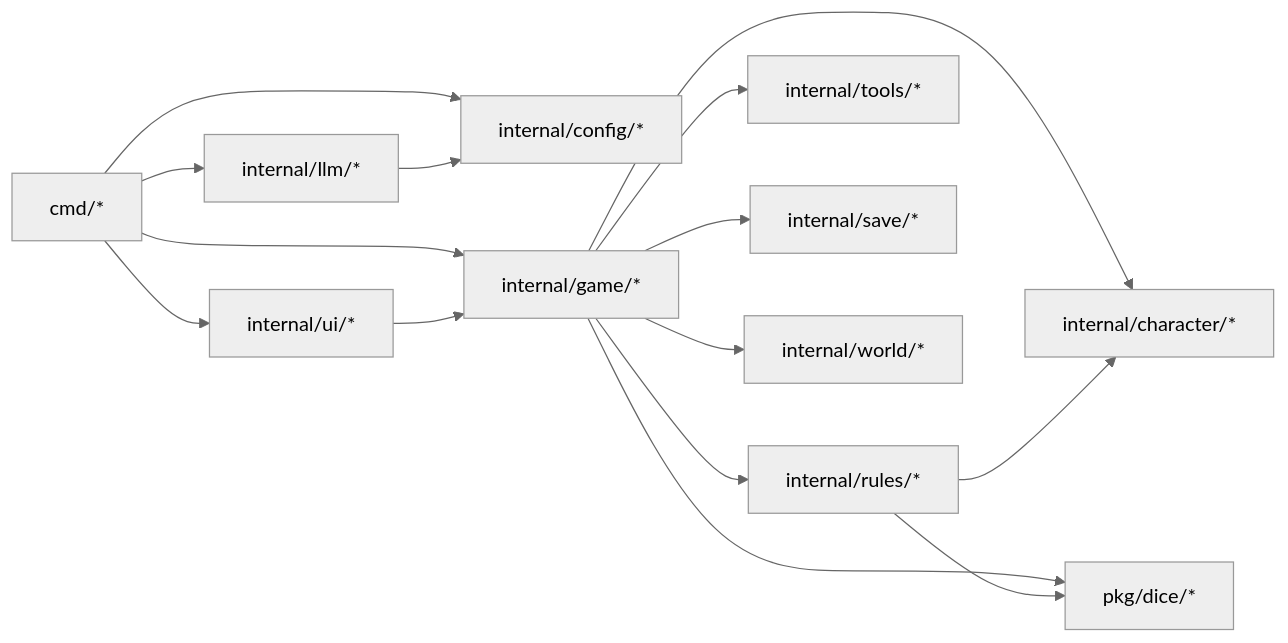
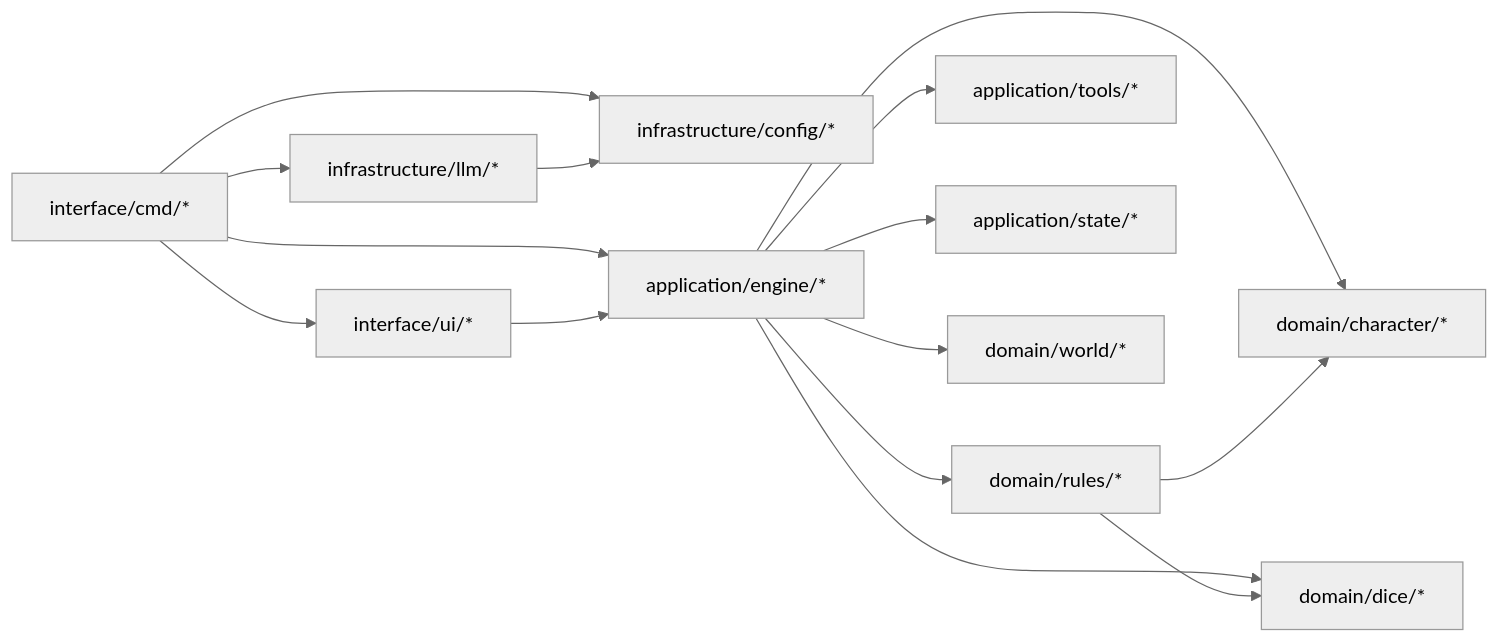
The sixth of 6 diagrams in .qoder/repowiki/zh/content/项目概述.md (zwh8800/cdnd), drawn with Mermaid (neutral theme) before and after one commit. The commit also changed other lines of this file and 11 other files, not shown here.

````diff
--- a/.qoder/repowiki/zh/content/项目概述.md
+++ b/.qoder/repowiki/zh/content/项目概述.md
@@ -390,17 +406,17 @@
 ```mermaid
 graph LR
-CMD["cmd/*"] --> CFG["internal/config/*"]
-CMD --> GAME["internal/game/*"]
-CMD --> LLM["internal/llm/*"]
-CMD --> UI["internal/ui/*"]
-GAME --> CHAR["internal/character/*"]
-GAME --> RULES["internal/rules/*"]
-GAME --> TOOLS["internal/tools/*"]
-GAME --> SAVE["internal/save/*"]
-GAME --> WORLD["internal/world/*"]
-GAME --> DICE["pkg/dice/*"]
+CMD["interface/cmd/*"] --> CFG["infrastructure/config/*"]
+CMD --> GAME["application/engine/*"]
+CMD --> LLM["infrastructure/llm/*"]
+CMD --> UI["interface/ui/*"]
+GAME --> CHAR["domain/character/*"]
+GAME --> RULES["domain/rules/*"]
+GAME --> TOOLS["application/tools/*"]
+GAME --> STATE["application/state/*"]
+GAME --> WORLD["domain/world/*"]
+GAME --> DICE["domain/dice/*"]
 LLM --> CFG
 UI --> GAME
 RULES --> DICE
 RULES --> CHAR
 ```
````
